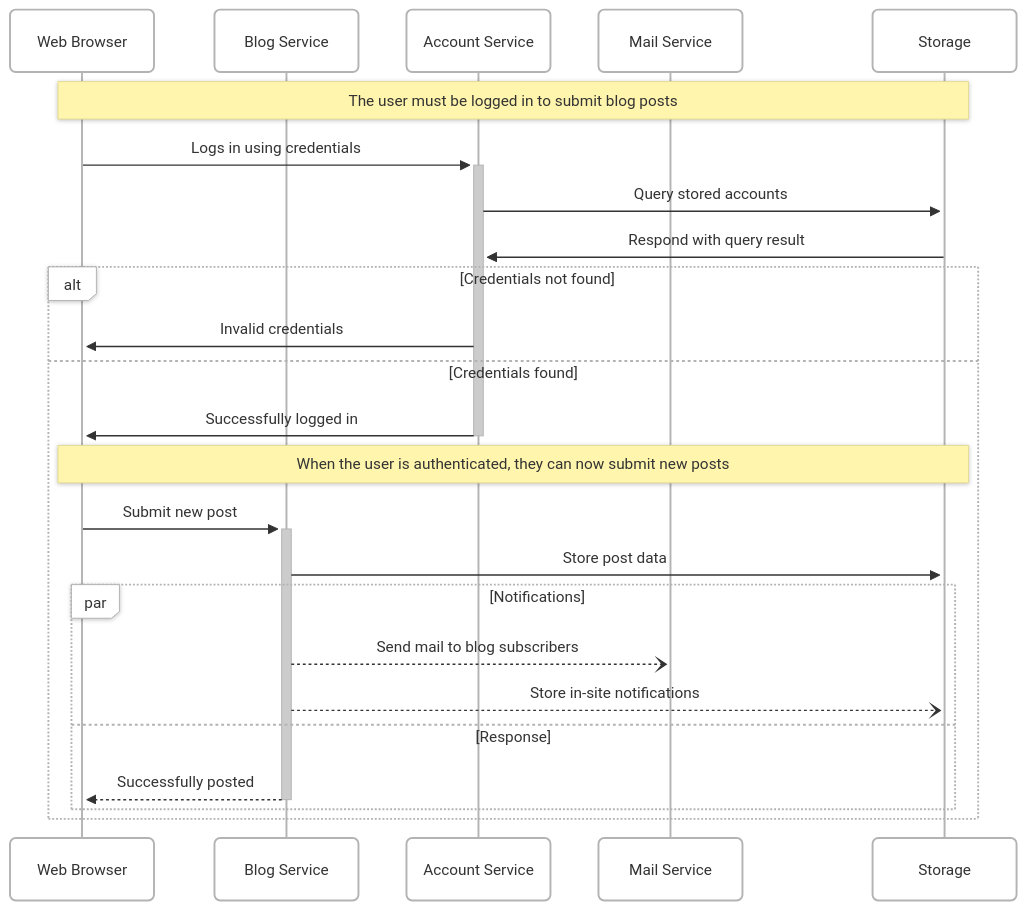
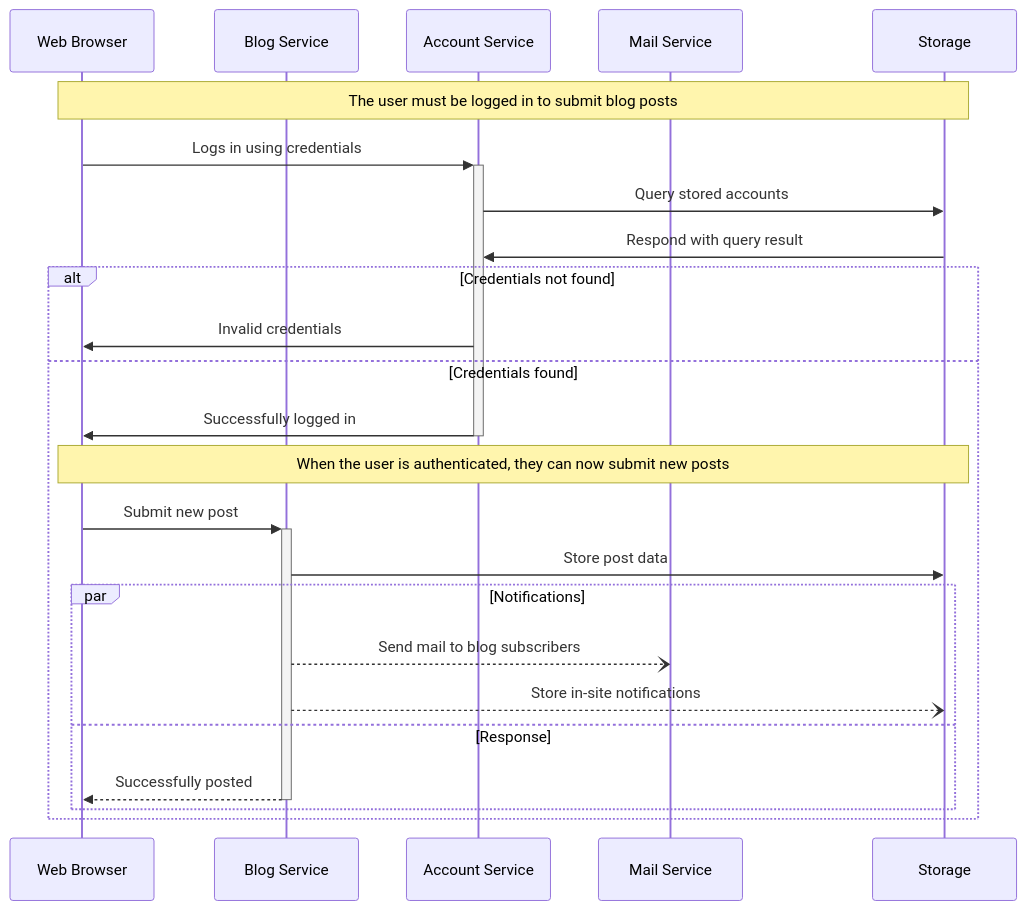
One commit to KiarashS/personal-academic-blog changed the diagram in src/content/posts/2026-01-05-writing-a-post.md. Above: the diagram before and after it, drawn with Mermaid.

````diff
--- a/src/content/posts/2026-01-05-writing-a-post.md
+++ b/src/content/posts/2026-01-05-writing-a-post.md
@@ -234,35 +234,30 @@
 ```mermaid
----
-config:
-  theme: neo
-  look: neo
----
 sequenceDiagram
     participant web as Web Browser
     participant blog as Blog Service
     participant account as Account Service
     participant mail as Mail Service
     participant db as Storage
 
     Note over web,db: The user must be logged in to submit blog posts
     web->>+account: Logs in using credentials
     account->>db: Query stored accounts
     db->>account: Respond with query result
 
     alt Credentials not found
         account->>web: Invalid credentials
     else Credentials found
         account->>-web: Successfully logged in
 
         Note over web,db: When the user is authenticated, they can now submit new posts
         web->>+blog: Submit new post
         blog->>db: Store post data
 
         par Notifications
             blog--)mail: Send mail to blog subscribers
             blog--)db: Store in-site notifications
         and Response
             blog-->>-web: Successfully posted
         end
     end
 ```
````
